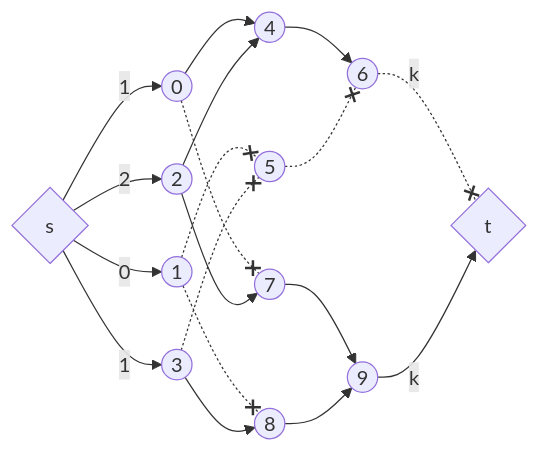
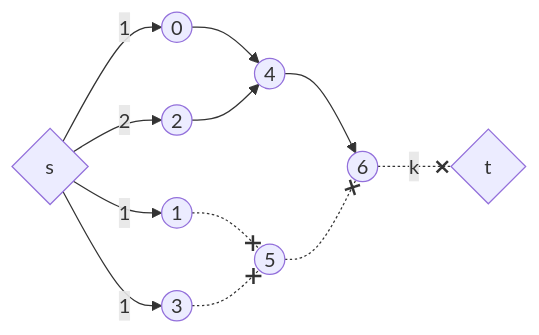
One commit to bfeitknecht/vault changed the fifth of 5 diagrams in sem2/AuW/PV/cx/tour-de-suisse.md. Above: the diagram before and after it, drawn with Mermaid.

Commit message:
backup: 2024-07-02 00:56:42 from MacBook Pro (echo)
Affected files:
sem2/AuW/PV/cx/tour-de-suisse.md

````diff
--- a/sem2/AuW/PV/cx/tour-de-suisse.md
+++ b/sem2/AuW/PV/cx/tour-de-suisse.md
@@ -246,39 +246,34 @@
 ```mermaid
 flowchart LR
 
 idS{s}
 idT{t}
 
 ids0p1((0))
 ids0p2((1))
 
 ids1p1((2))
 ids1p2((3))
 
 idb0p1((4))
 idb0p2((5))
+
 idb0((6))
-
-idb1p1((7))
-idb1p2((8))
-idb1((9))
 
 %%%%%%%%%%%%%%%%%%%%%%%%%%%%%%%%%%%%%%
 
 idS -->|"1"| ids0p1
-idS -->|"0"| ids0p2
+idS -->|"1"| ids0p2
 
 idS -->|"2"| ids1p1
 idS -->|"1"| ids1p2
 
-ids0p1 & ids1p1 --> idb0p1 --> idb0
-ids0p2 & ids1p2 -.-x idb0p2 -.-x idb0
+ids0p1 --> idb0p1 --> idb0
+ids0p2 -.-x idb0p2
+
+ids1p1 --> idb0p1
+ids1p2 -.-x idb0p2 -.-x idb0
+
 idb0 -.-x|"k"| idT
 
-ids0p1 -.-x idb1p1
-ids1p1 --> idb1p1 --> idb1
-ids0p2 -.-x idb1p2
-ids1p2 --> idb1p2 --> idb1
-idb1 -->|"k"| idT
-
 ```
````
